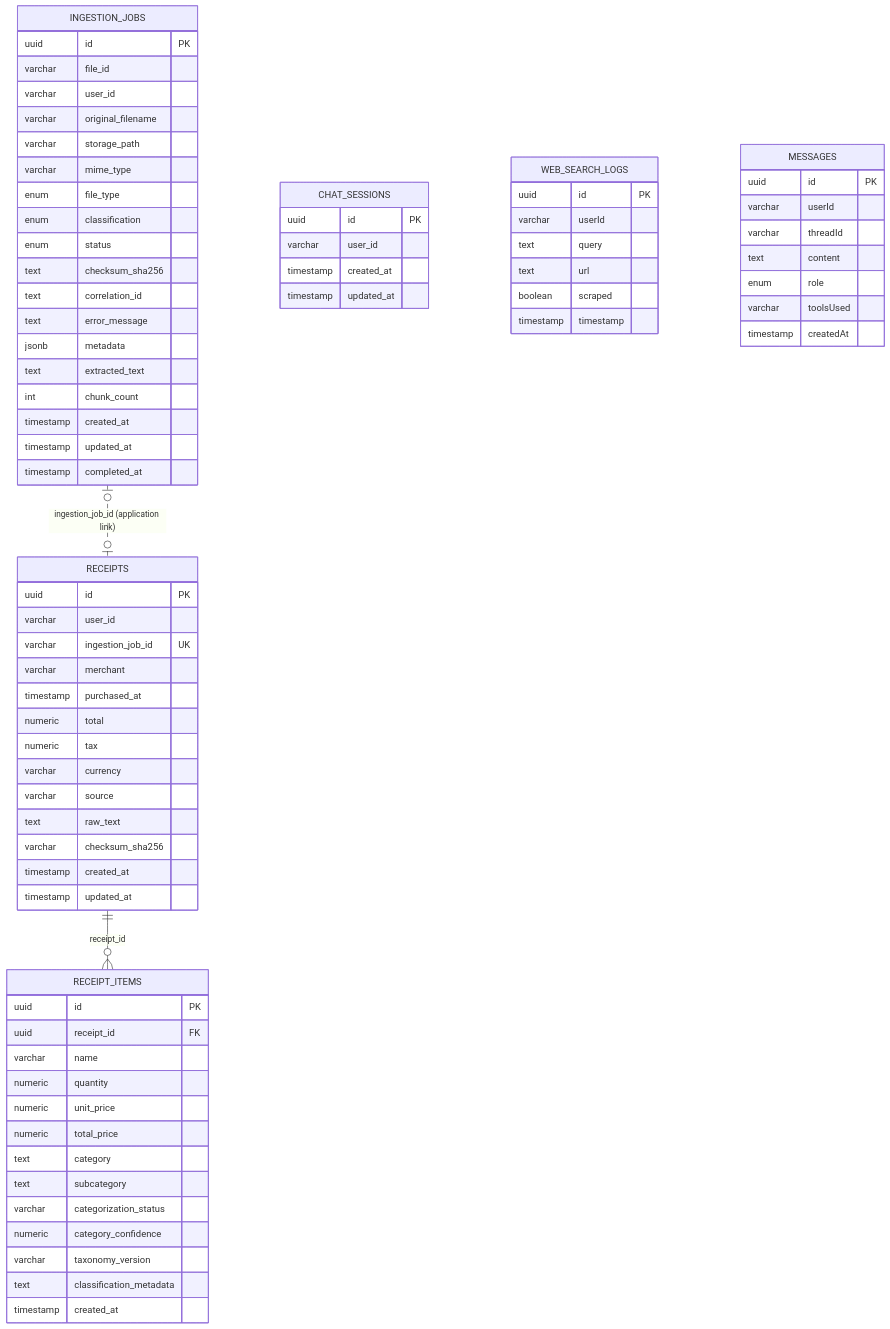
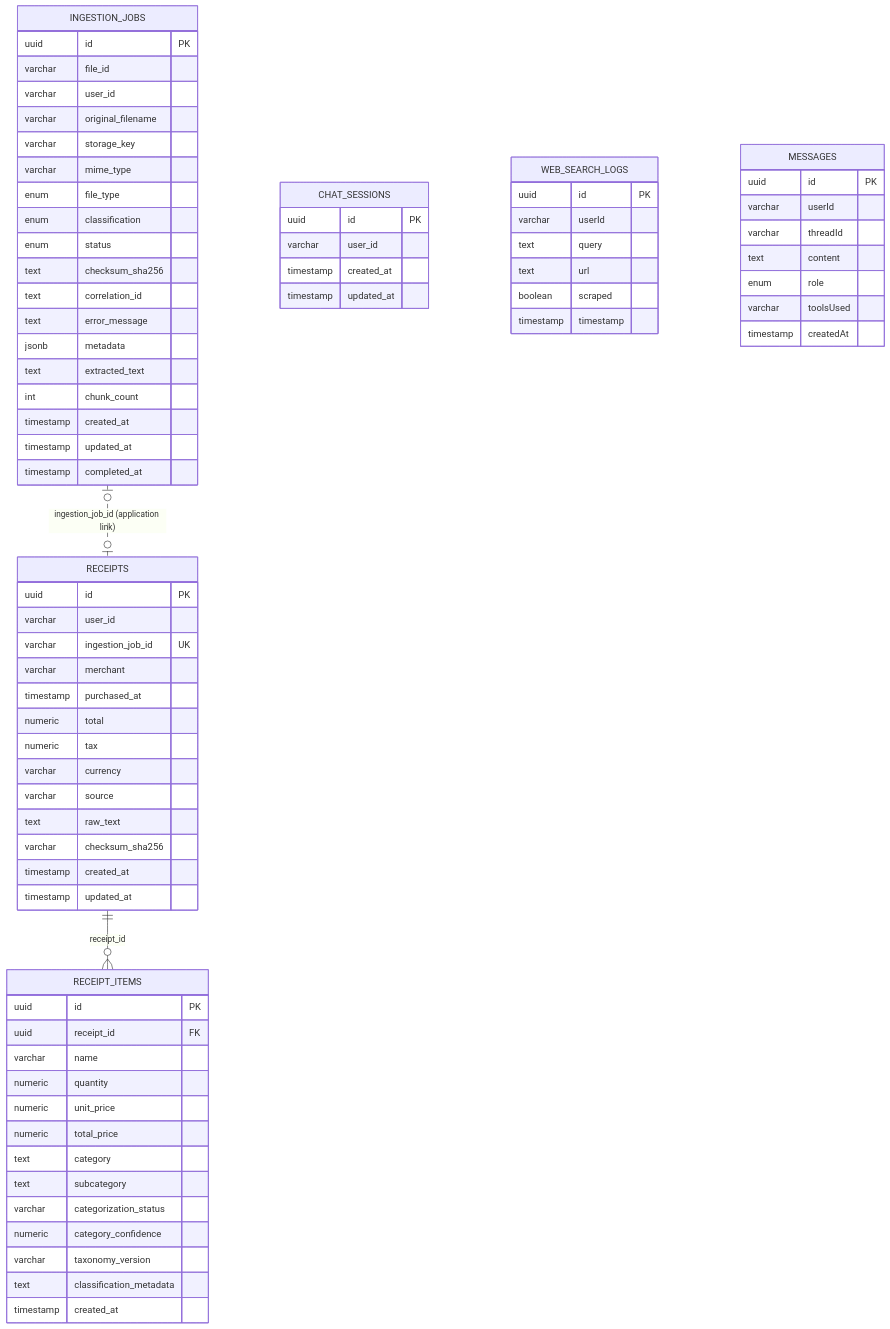
The diagram in docs/database-schema.md (dunglucbac/rag-chatbot), drawn with Mermaid before and after one commit. The commit also changed 53 other files, not shown here.

```diff
--- a/docs/database-schema.md
+++ b/docs/database-schema.md
@@ -20,7 +20,7 @@
         varchar file_id
         varchar user_id
         varchar original_filename
-        varchar storage_path
+        varchar storage_key
         varchar mime_type
         enum file_type
         enum classification
```
